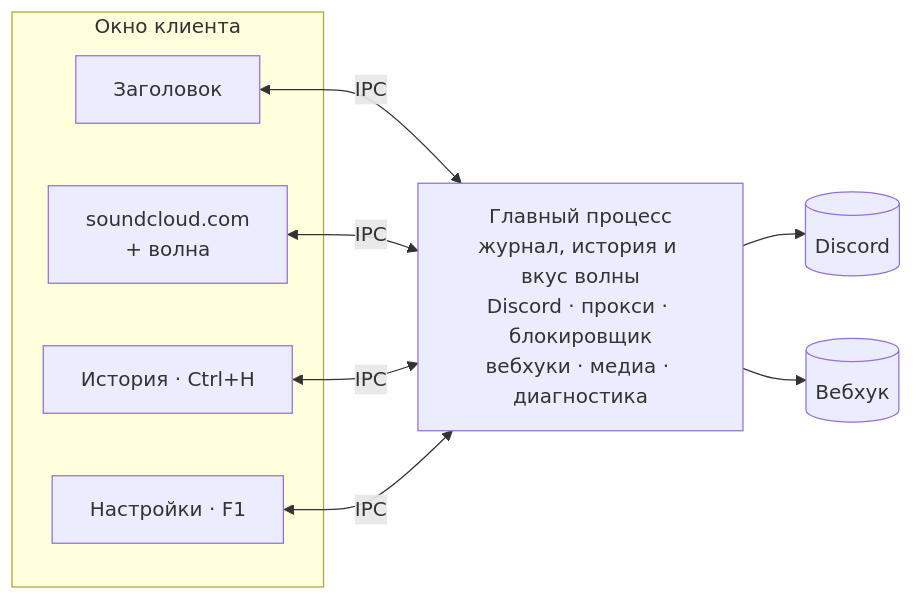
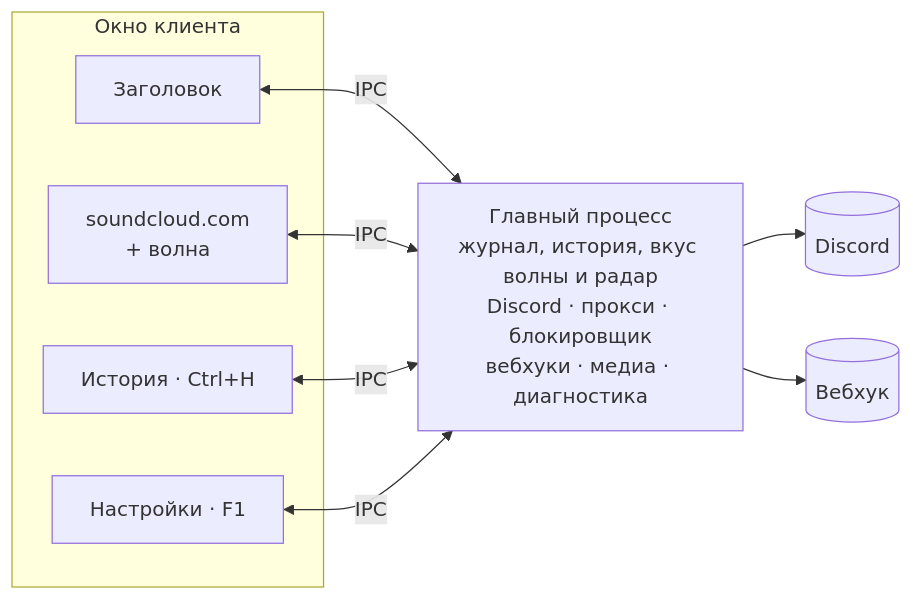
The diagram in README.md (zxczxczxczxczxczxc1111/soundcloud-desktop), drawn with Mermaid before and after one commit. The commit also changed other lines of this file and 9 other files, not shown here.

````diff
--- a/README.md
+++ b/README.md
@@ -178,18 +204,18 @@
 ```mermaid
 flowchart LR
     subgraph win["Окно клиента"]
         header["Заголовок"]
         page["soundcloud.com<br/>+ волна"]
         history["История · Ctrl+H"]
         settings["Настройки · F1"]
     end
 
-    main["Главный процесс<br/>журнал, история и вкус волны<br/>Discord · прокси · блокировщик<br/>вебхуки · медиа · диагностика"]
+    main["Главный процесс<br/>журнал, история, вкус волны и радар<br/>Discord · прокси · блокировщик<br/>вебхуки · медиа · диагностика"]
 
     header <-->|IPC| main
     page <-->|IPC| main
     history <-->|IPC| main
     settings <-->|IPC| main
     main --> discord[("Discord")]
     main --> hook[("Вебхук")]
 ```
````
